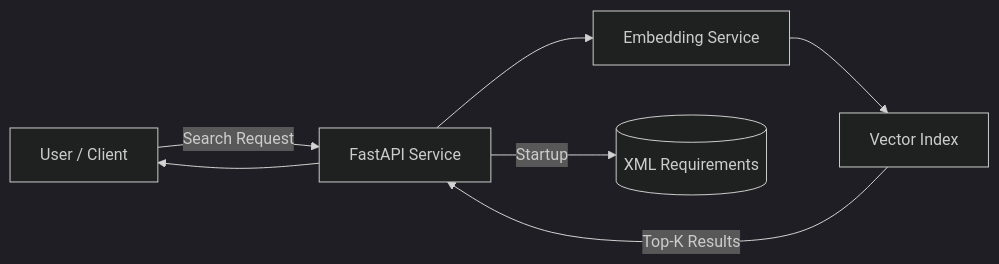
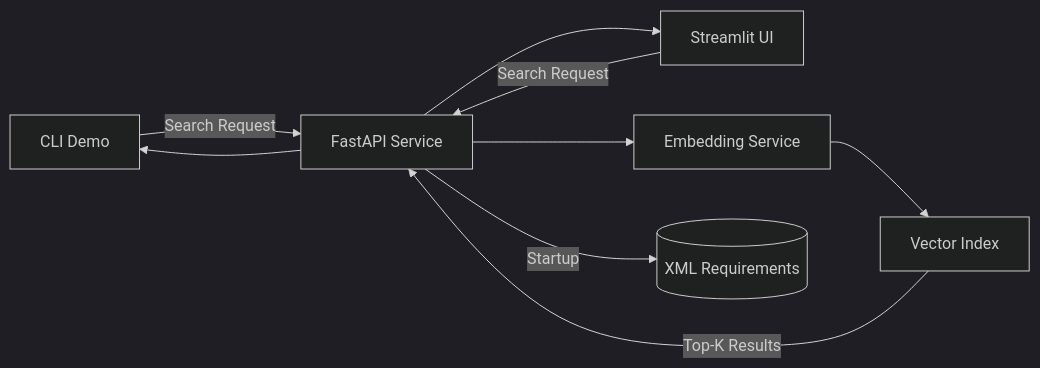
The diagram in README.md (patricknanz2002-wq/ai-requirements-engine), drawn with Mermaid (dark theme) before and after one commit. The commit also changed other lines of this file and 2 other files, not shown here.

Commit message:
feat: add Streamlit web interface for semantic requirements search

````diff
--- a/README.md
+++ b/README.md
@@ -67,16 +74,21 @@
 ```mermaid
 flowchart LR
 
-User[User / Client]
+CLI[CLI Demo]
+UI[Streamlit UI]
 API[FastAPI Service]
 Embedder[Embedding Service]
 VectorStore[Vector Index]
 Data[(XML Requirements)]
 
-User -->|Search Request| API
+CLI -->|Search Request| API
+UI -->|Search Request| API
+
 API -->|Startup| Data
 API --> Embedder
 Embedder --> VectorStore
 VectorStore -->|Top-K Results| API
-API --> User
+
+API --> CLI
+API --> UI
 ```
````
